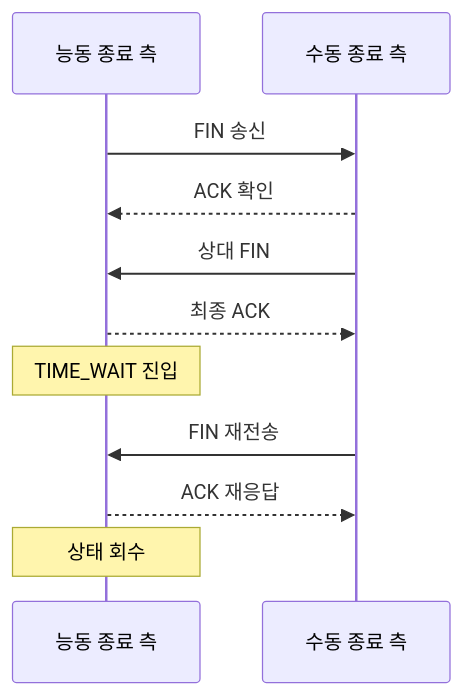
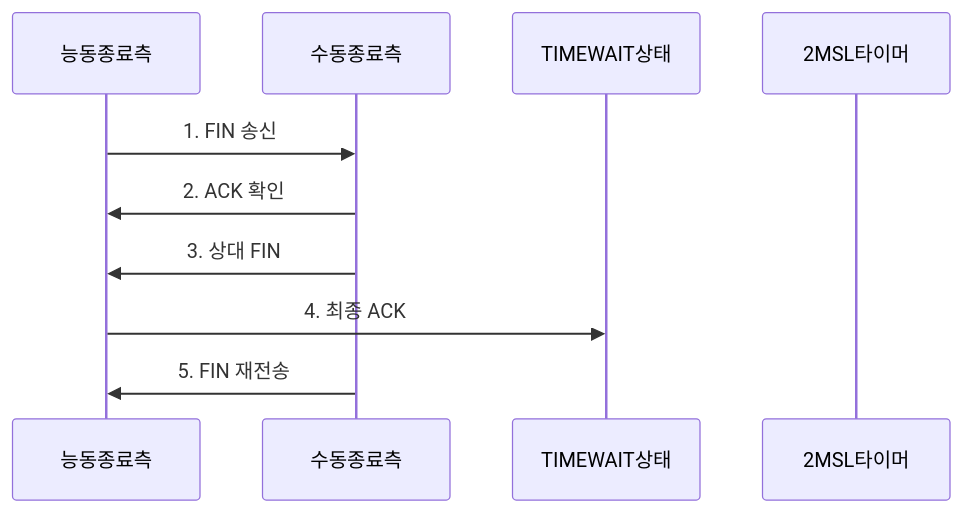
One commit to agnusdei1207/knowledge-base changed the second of 2 diagrams in src/content/docs/notes/04-network/030_time_wait_state.md. Above: the diagram before and after it, drawn with Mermaid. The commit also changed other lines of this file and 20 other files, not shown here.

````diff
--- a/src/content/docs/notes/04-network/030_time_wait_state.md
+++ b/src/content/docs/notes/04-network/030_time_wait_state.md
@@ -86,13 +81,12 @@
 ```mermaid
 sequenceDiagram
-    participant A as 능동 종료 측
-    participant P as 수동 종료 측
-    A->>P: FIN 송신
-    P-->>A: ACK 확인
-    P->>A: 상대 FIN
-    A-->>P: 최종 ACK
-    Note over A: TIME_WAIT 진입
-    P->>A: FIN 재전송
-    A-->>P: ACK 재응답
-    Note over A: 상태 회수
+    participant 능동종료측
+    participant 수동종료측
+    participant TIMEWAIT상태
+    participant 2MSL타이머
+    능동종료측->>수동종료측: 1. FIN 송신
+    수동종료측->>능동종료측: 2. ACK 확인
+    수동종료측->>능동종료측: 3. 상대 FIN
+    능동종료측->>TIMEWAIT상태: 4. 최종 ACK
+    수동종료측->>능동종료측: 5. FIN 재전송
 ```
````
